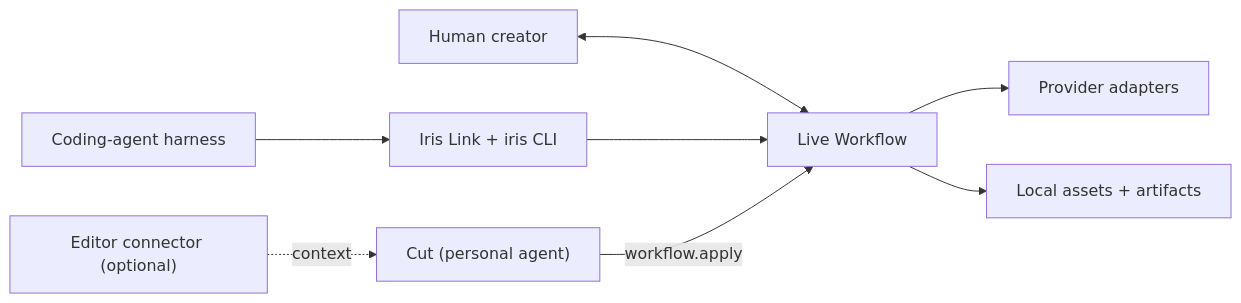
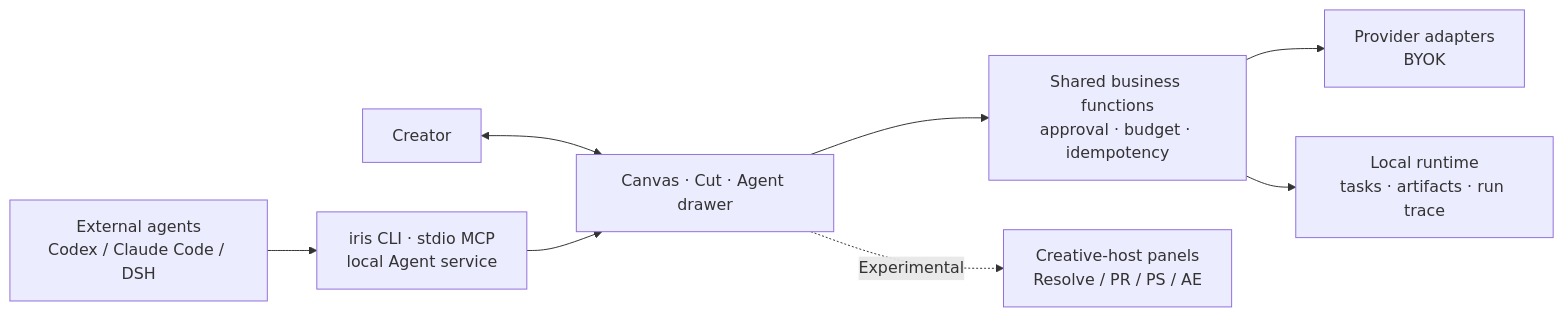
Before and after one commit to avabbbb/Iris: the diagram in README.md, drawn with Mermaid. The commit also changed other lines of this file and 2 other files, not shown here.

First line of the commit message:
docs(readme): implemented-vs-roadmap showcase in zh-CN and en; README.en.md becomes a redirect

````diff
--- a/README.md
+++ b/README.md
@@ -217,10 +161,10 @@
 ```mermaid
 flowchart LR
-  H["Human creator"] <--> W["Live Workflow"]
-  A["Coding-agent harness"] --> L["Iris Link + iris CLI"]
-  L --> W
-  W --> P["Provider adapters"]
-  W --> R["Local assets + artifacts"]
-  IR["Cut (personal agent)"] -->|"workflow.apply"| W
-  HC["Editor connector (optional)"] -.->|"context"| IR
+  H["Creator"] <--> UI["Canvas · Cut · Agent drawer"]
+  X["External agents<br/>Codex / Claude Code / DSH"] --> CLI["iris CLI · stdio MCP<br/>local Agent service"]
+  CLI --> UI
+  UI --> G["Shared business functions<br/>approval · budget · idempotency"]
+  G --> P["Provider adapters<br/>BYOK"]
+  G --> R["Local runtime<br/>tasks · artifacts · run trace"]
+  UI -.->|"Experimental"| HC["Creative-host panels<br/>Resolve / PR / PS / AE"]
 ```
````
